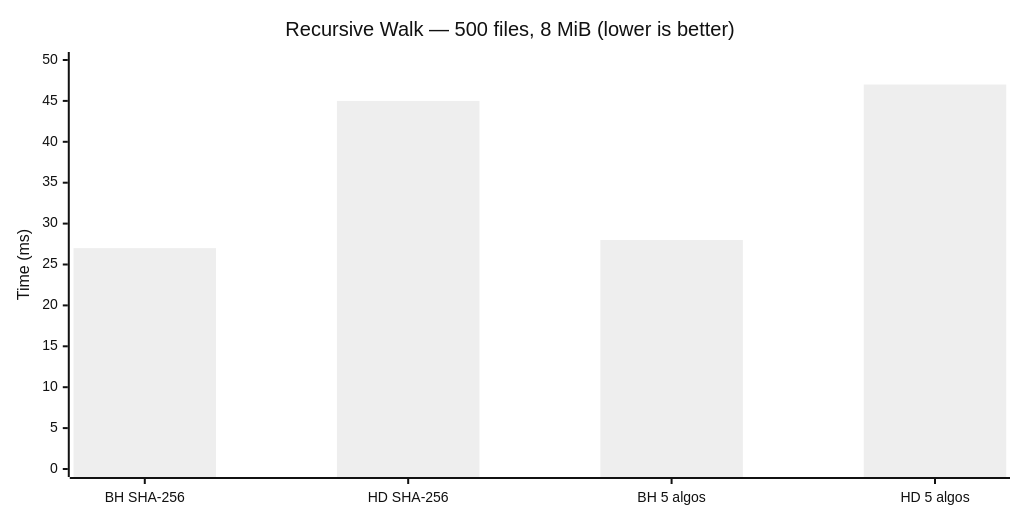
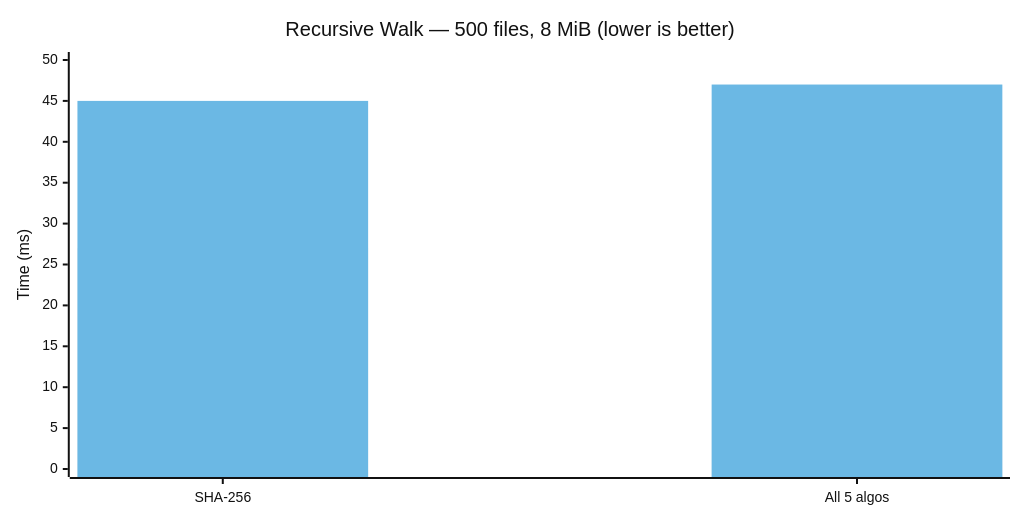
Before and after one commit to SecurityRonin/blazehash: the third of 5 diagrams in docs/benchmarks.md, drawn with Mermaid (neutral theme). The commit also changed other lines of this file, not shown here.

First line of the commit message:
docs: use grouped bar charts for dramatic blazehash vs hashdeep comparison

````diff
--- a/docs/benchmarks.md
+++ b/docs/benchmarks.md
@@ -114,12 +103,13 @@
 ```mermaid
 ---
 config:
     xyChart:
         width: 1000
 ---
 xychart-beta
     title "Recursive Walk — 500 files, 8 MiB (lower is better)"
-    x-axis ["BH SHA-256", "HD SHA-256", "BH 5 algos", "HD 5 algos"]
+    x-axis ["SHA-256", "All 5 algos"]
     y-axis "Time (ms)" 0 --> 50
-    bar [27, 45, 28, 47]
+    bar "blazehash" [27, 28]
+    bar "hashdeep" [45, 47]
 ```
````
